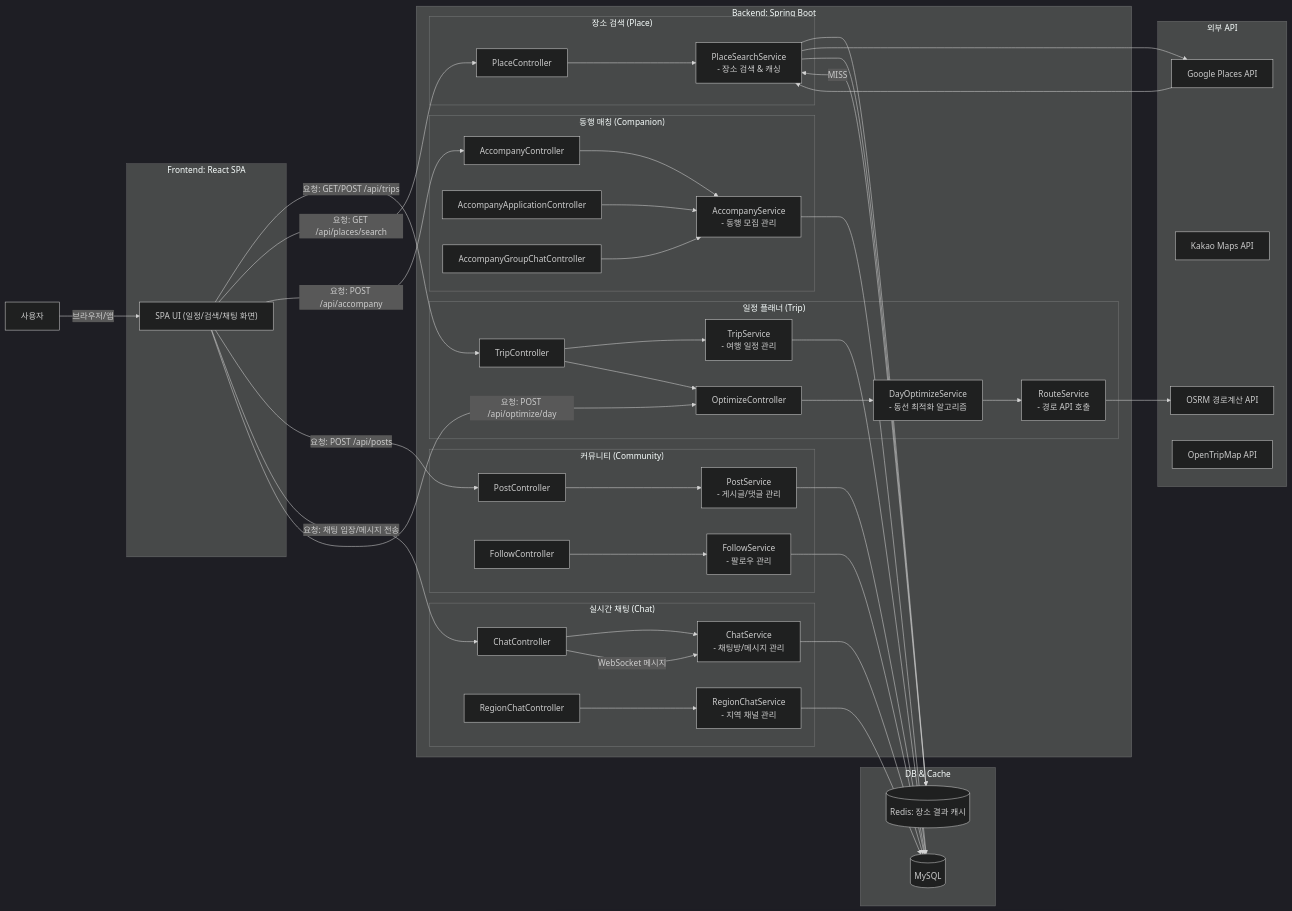
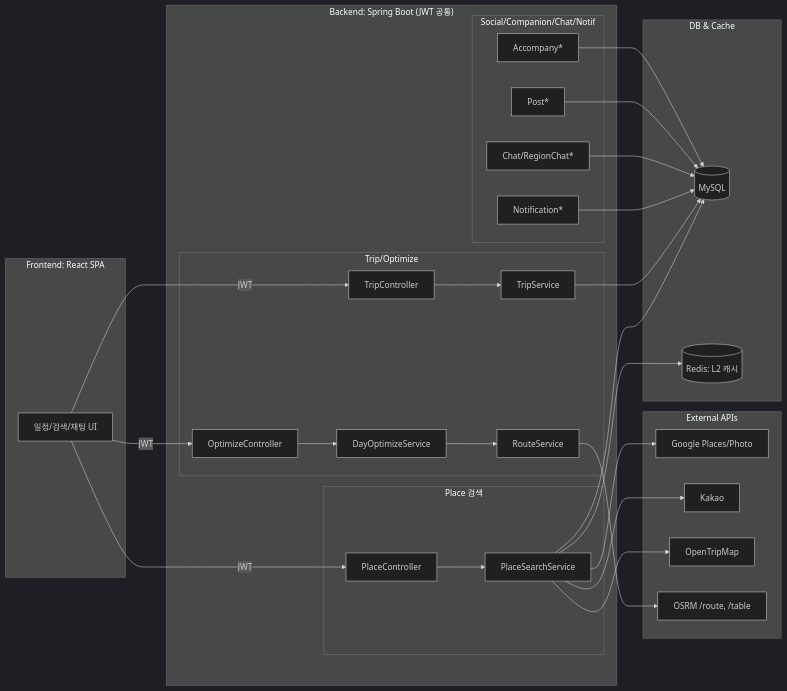
One commit to gun-ee/TripMate changed the second of 4 diagrams in README.md. Above: the diagram before and after it, drawn with Mermaid (dark theme). The commit also changed other lines of this file, not shown here.

````diff
--- a/README.md
+++ b/README.md
@@ -47,67 +47,51 @@
 ```mermaid
 flowchart LR
-    subgraph Client["Frontend: React SPA"]
-        UI["SPA UI (일정/검색/채팅 화면)"]
+  subgraph CLIENT["Frontend: React SPA"]
+    UI["일정/검색/채팅 UI"]
+  end
+
+  subgraph DATA["DB & Cache"]
+    MYSQL[(MySQL)]
+    REDIS[(Redis: L2 캐시)]
+  end
+
+  subgraph EXT["External APIs"]
+    GPL["Google Places/Photo"]
+    KAKAO["Kakao"]
+    OTM["OpenTripMap"]
+    OSRM["OSRM /route, /table"]
+  end
+
+  subgraph BE["Backend: Spring Boot (JWT 공통)"]
+    subgraph Place["Place 검색"]
+      PLCtrl["PlaceController"] --> PLService["PlaceSearchService"]
+      PLService --> REDIS
+      PLService --> GPL
+      PLService --> KAKAO
+      PLService --> OTM
     end
-    subgraph Data["DB & Cache"]
-        mysql[(MySQL)]
-        redis[(Redis: 장소 결과 캐시)]
+
+    subgraph Trip["Trip/Optimize"]
+      TCtrl["TripController"] --> TService["TripService"]
+      OCtrl["OptimizeController"] --> OService["DayOptimizeService"]
+      OService --> RService["RouteService"]
+      RService --> OSRM
     end
-    subgraph ExternalAPIs["외부 API"]
-        google["Google Places API"]
-        kakao["Kakao Maps API"]
-        osrm["OSRM 경로계산 API"]
-        otm["OpenTripMap API"]
+
+    subgraph Social["Social/Companion/Chat/Notif"]
+      ACC["Accompany*"] --> MYSQL
+      POST["Post*"] --> MYSQL
+      CHAT["Chat/RegionChat*"] --> MYSQL
+      NOTI["Notification*"] --> MYSQL
     end
-    subgraph Backend["Backend: Spring Boot"]
-        %% 일정 플래너 도메인
-        subgraph TripDomain["일정 플래너 (Trip)"]
-            tripCtrl["TripController"] --> tripSvc["TripService\n- 여행 일정 관리"]
-            tripSvc --> mysql
-            tripCtrl --> optCtrl["OptimizeController"]
-            optCtrl --> optSvc["DayOptimizeService\n- 동선 최적화 알고리즘"]
-            optSvc --> routeSvc["RouteService\n- 경로 API 호출"]
-            routeSvc --> osrm
-        end
-        %% 장소 검색 도메인
-        subgraph PlaceDomain["장소 검색 (Place)"]
-            placeCtrl["PlaceController"] --> placeSvc["PlaceSearchService\n- 장소 검색 & 캐싱"]
-            placeSvc --> redis
-            redis -- "MISS" --> placeSvc
-            placeSvc --> google
-            google --> placeSvc
-            placeSvc --> redis
-        end
-        %% 동행 매칭 도메인
-        subgraph CompanionDomain["동행 매칭 (Companion)"]
-            accCtrl["AccompanyController"] --> accSvc["AccompanyService\n- 동행 모집 관리"]
-            accSvc --> mysql
-            accAppCtrl["AccompanyApplicationController"] --> accSvc
-            accGrpChatCtrl["AccompanyGroupChatController"] --> accSvc
-        end
-        %% 커뮤니티 도메인
-        subgraph CommunityDomain["커뮤니티 (Community)"]
-            postCtrl["PostController"] --> postSvc["PostService\n- 게시글/댓글 관리"]
-            postSvc --> mysql
-            followCtrl["FollowController"] --> followSvc["FollowService\n- 팔로우 관리"]
-            followSvc --> mysql
-        end
-        %% 실시간 채팅 도메인
-        subgraph ChatDomain["실시간 채팅 (Chat)"]
-            chatCtrl["ChatController"] --> chatSvc["ChatService\n- 채팅방/메시지 관리"]
-            regionChatCtrl["RegionChatController"] --> regionChatSvc["RegionChatService\n- 지역 채널 관리"]
-            chatSvc --> mysql
-            regionChatSvc --> mysql
-            chatCtrl -- "WebSocket 메시지" --> chatSvc
-        end
-    end
-    %% 사용자의 요청 흐름 (Frontend -> Backend)
-    User["사용자"] -->|브라우저/앱| UI
-    UI -->|요청: GET/POST /api/trips| tripCtrl
-    UI -->|요청: GET /api/places/search| placeCtrl
-    UI -->|요청: POST /api/accompany| accCtrl
-    UI -->|요청: POST /api/posts| postCtrl
-    UI -->|요청: 채팅 입장/메시지 전송| chatCtrl
-    UI -->|요청: POST /api/optimize/day| optCtrl
+
+    TService --> MYSQL
+    PLService --> MYSQL
+  end
+
+  UI -->|JWT| PLCtrl
+  UI -->|JWT| TCtrl
+  UI -->|JWT| OCtrl
+
 
 ```
````
